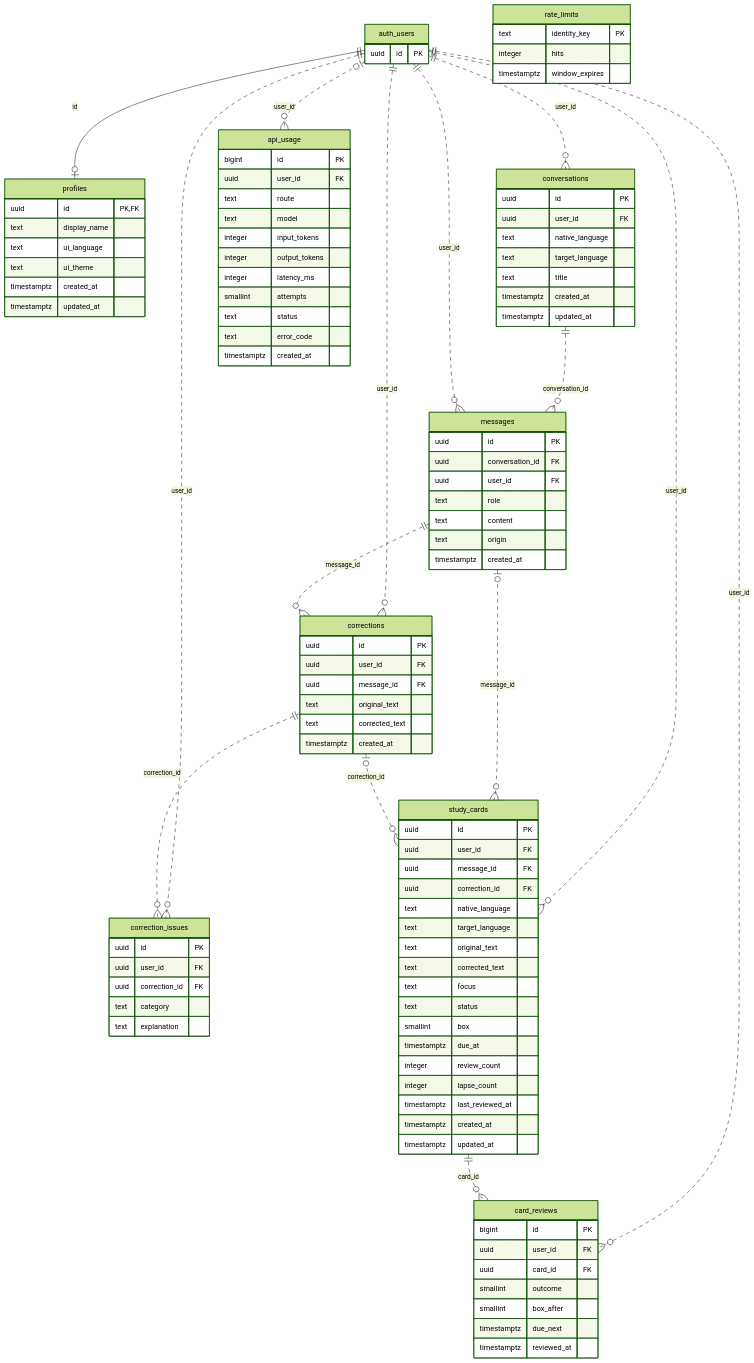
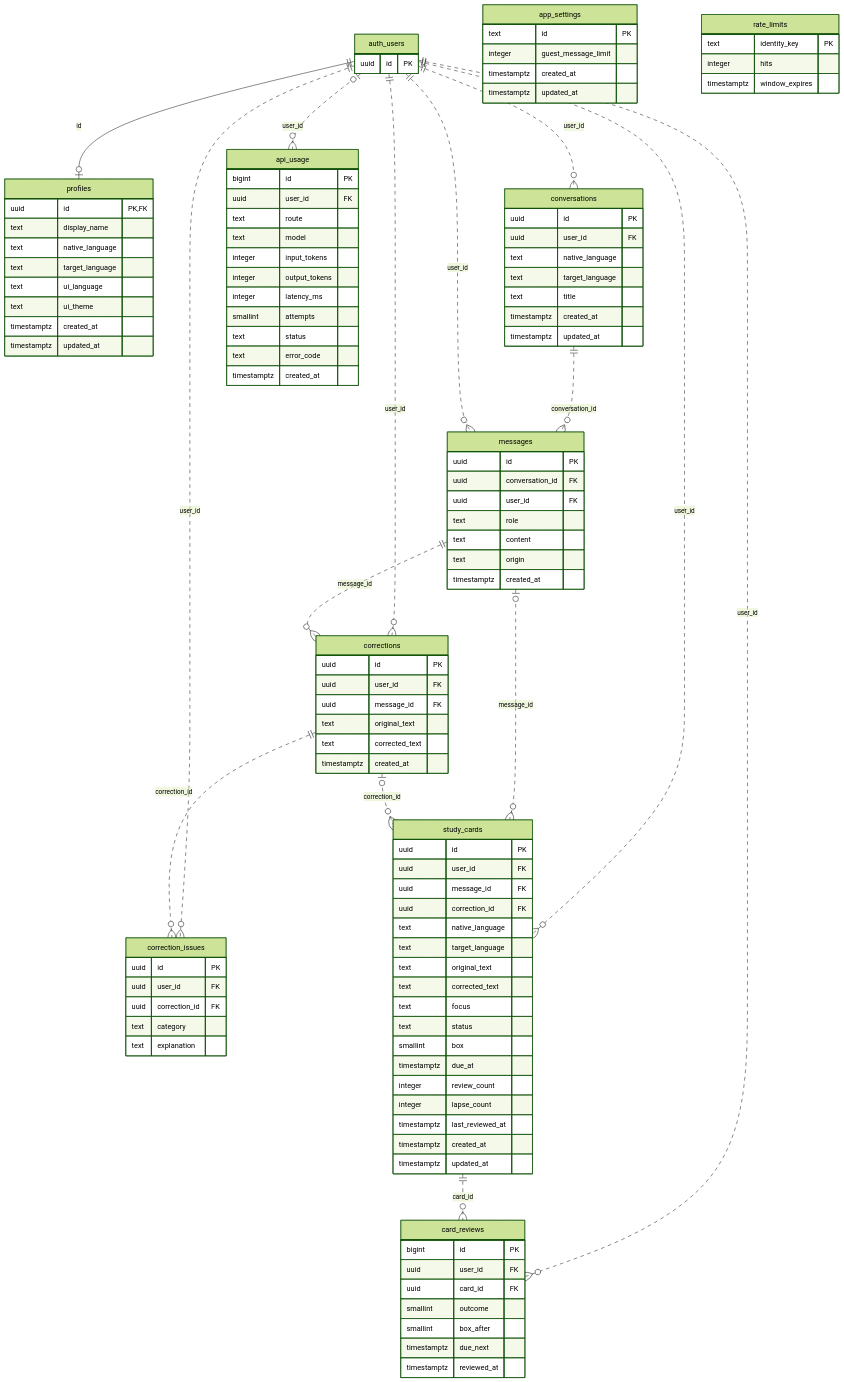
Before and after one commit to Yvesei/LangBot: the fifth of 5 diagrams in README.md, drawn with Mermaid (forest theme). The commit also changed other lines of this file and 20 other files, not shown here.

```diff
--- a/README.md
+++ b/README.md
@@ -247,9 +258,18 @@
         uuid id PK
     }
 
+    app_settings {
+        text id PK
+        integer guest_message_limit
+        timestamptz created_at
+        timestamptz updated_at
+    }
+
     profiles {
         uuid id PK, FK
         text display_name
+        text native_language
+        text target_language
         text ui_language
         text ui_theme
         timestamptz created_at
```
